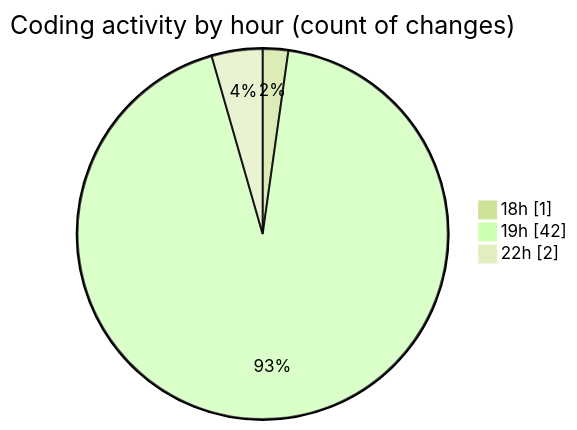
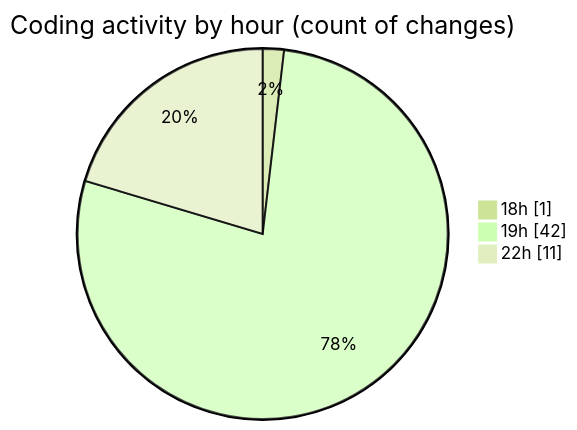
The second of 2 diagrams in 2025-03-30/front-end/README.md (Netris89/code-tracking), drawn with Mermaid (forest theme) before and after one commit. The commit also changed other lines of this file and 1 other file, not shown here.

````diff
--- a/2025-03-30/front-end/README.md
+++ b/2025-03-30/front-end/README.md
@@ -34,7 +34,7 @@
 ```mermaid
 pie showData
 title Coding activity by hour (count of changes)
 "18h" : 1
 "19h" : 42
-"22h" : 2
+"22h" : 11
 ```
````
